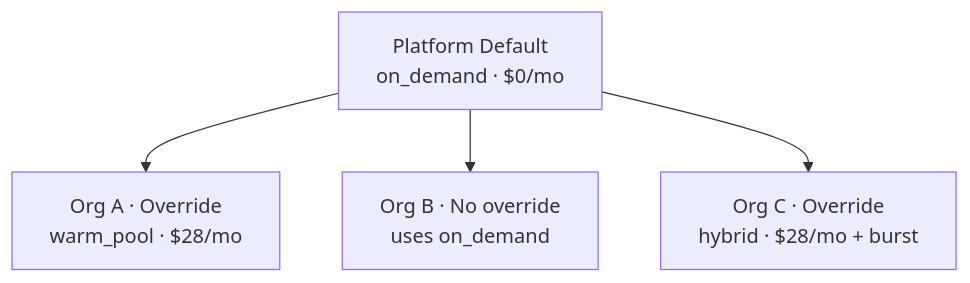
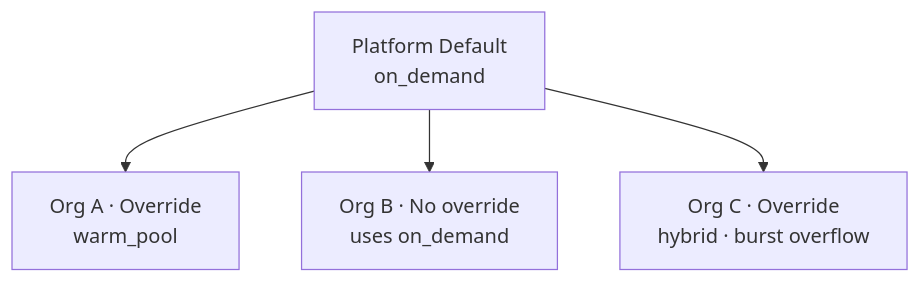
One commit to aenealabs/aura changed the seventh of 11 diagrams in docs/SYSTEM_ARCHITECTURE.md. Above: the diagram before and after it, drawn with Mermaid. The commit also changed other lines of this file, not shown here.

````diff
--- a/docs/SYSTEM_ARCHITECTURE.md
+++ b/docs/SYSTEM_ARCHITECTURE.md
@@ -389,10 +389,10 @@
 ```mermaid
 flowchart TD
-    Default["Platform Default<br/>on_demand · $0/mo"]
-    OrgA["Org A · Override<br/>warm_pool · $28/mo"]
+    Default["Platform Default<br/>on_demand"]
+    OrgA["Org A · Override<br/>warm_pool"]
     OrgB["Org B · No override<br/>uses on_demand"]
-    OrgC["Org C · Override<br/>hybrid · $28/mo + burst"]
+    OrgC["Org C · Override<br/>hybrid · burst overflow"]
     Default --> OrgA
     Default --> OrgB
     Default --> OrgC
 ```
````
